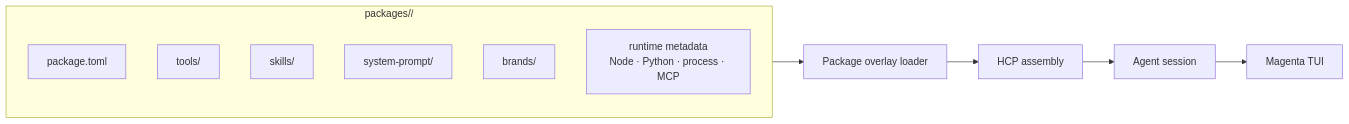
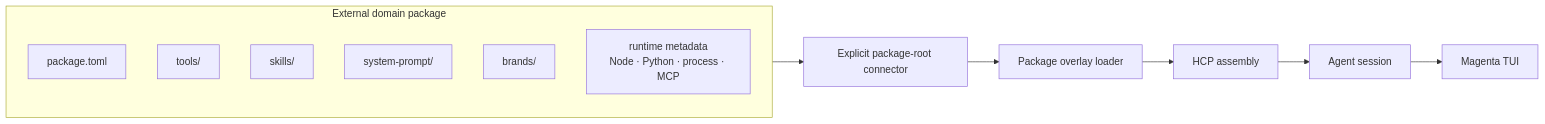
One commit to Minions-Land/Magenta changed the third of 6 diagrams in README.md. Above: the diagram before and after it, drawn with Mermaid. The commit also changed other lines of this file and 1210 other files, not shown here.

````diff
--- a/README.md
+++ b/README.md
@@ -304,16 +305,17 @@
 ```mermaid
 flowchart LR
-    subgraph PKG["packages/<Domain>/"]
+    subgraph PKG["External domain package"]
         MAN["package.toml"]
         TOOLS["tools/"]
         SKILLS["skills/"]
         PROMPT["system-prompt/"]
         BRAND["brands/"]
         RUNTIME["runtime metadata<br/>Node · Python · process · MCP"]
     end
 
-    PKG --> OVERLAY["Package overlay loader"]
+    PKG --> CONNECTOR["Explicit package-root connector"]
+    CONNECTOR --> OVERLAY["Package overlay loader"]
     OVERLAY --> HCP["HCP assembly"]
     HCP --> SESSION["Agent session"]
     SESSION --> TUI["Magenta TUI"]
 ```
````
